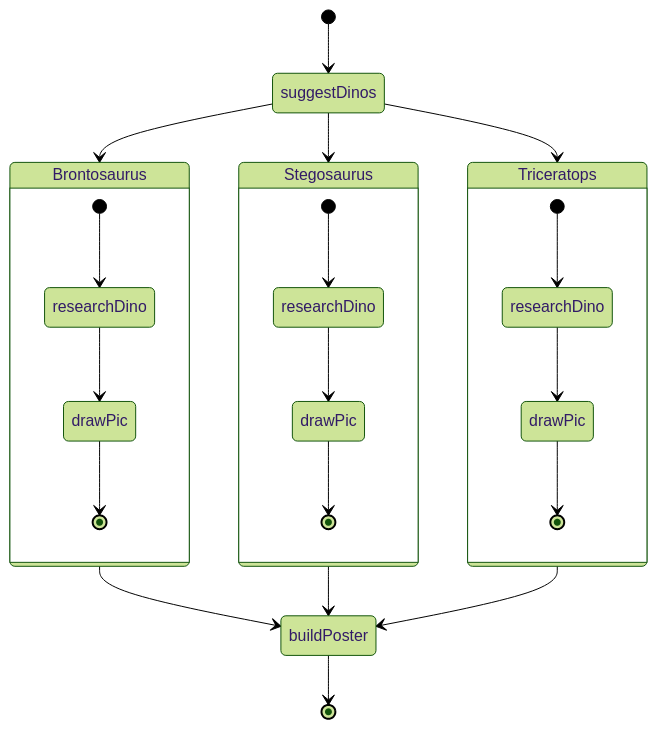
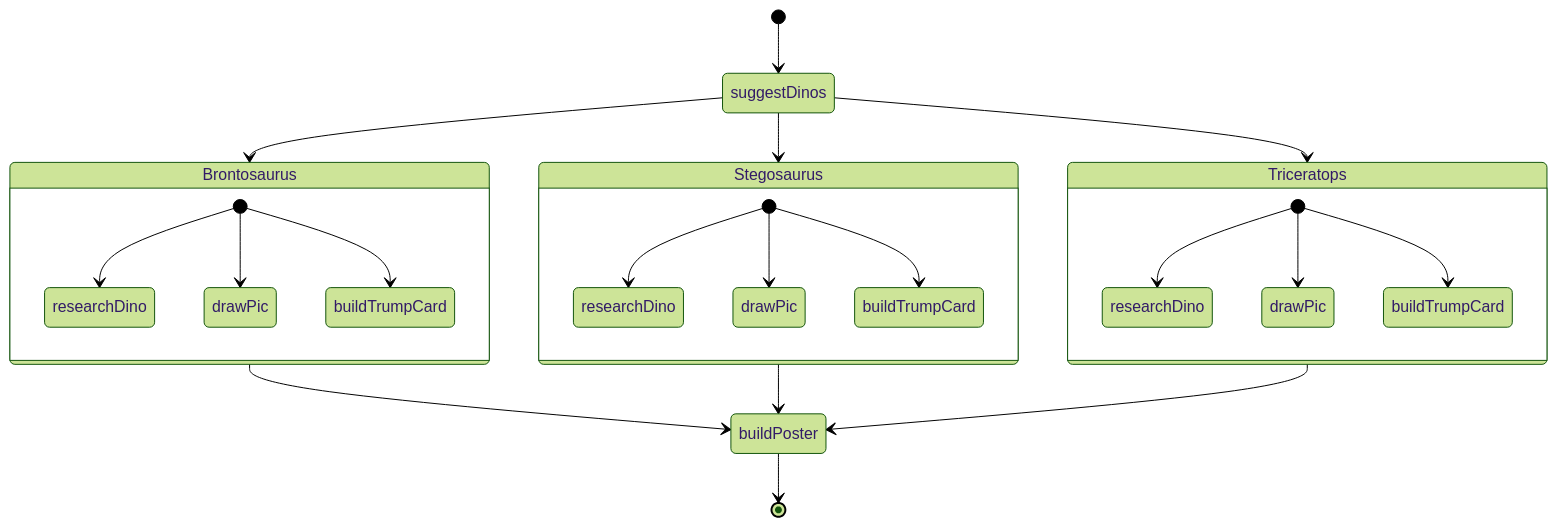
One commit to drshade/haskell-agentic changed the diagram in README.md. Above: the diagram before and after it, drawn with Mermaid (forest theme). The commit also changed other lines of this file and 4 other files, not shown here.

````diff
--- a/README.md
+++ b/README.md
@@ -252,37 +263,40 @@
 ```mermaid
 stateDiagram-v2
 [*] --> suggestDinos
 
 suggestDinos --> Brontosaurus
 suggestDinos --> Stegosaurus
 suggestDinos --> Triceratops
 
 state Brontosaurus {
     [*] --> research_a
-    research_a --> drawPic_a
-    drawPic_a --> [*]
+    [*] --> drawPic_a
+    [*] --> buildTrumpCard_a
 }
 state Stegosaurus {
     [*] --> research_b
-    research_b --> drawPic_b
-    drawPic_b --> [*]
+    [*] --> drawPic_b
+    [*] --> buildTrumpCard_b
 }
 state Triceratops {
     [*] --> research_c
-    research_c --> drawPic_c
-    drawPic_c --> [*]
+    [*] --> drawPic_c
+    [*] --> buildTrumpCard_c
 }
 
 Brontosaurus --> buildPoster
 Stegosaurus --> buildPoster
 Triceratops --> buildPoster
 
 buildPoster --> [*]
 
 research_a: researchDino
 research_b: researchDino
 research_c: researchDino
 drawPic_a: drawPic
 drawPic_b: drawPic
 drawPic_c: drawPic
+buildTrumpCard_a: buildTrumpCard
+buildTrumpCard_b: buildTrumpCard
+buildTrumpCard_c: buildTrumpCard
 ```
````
